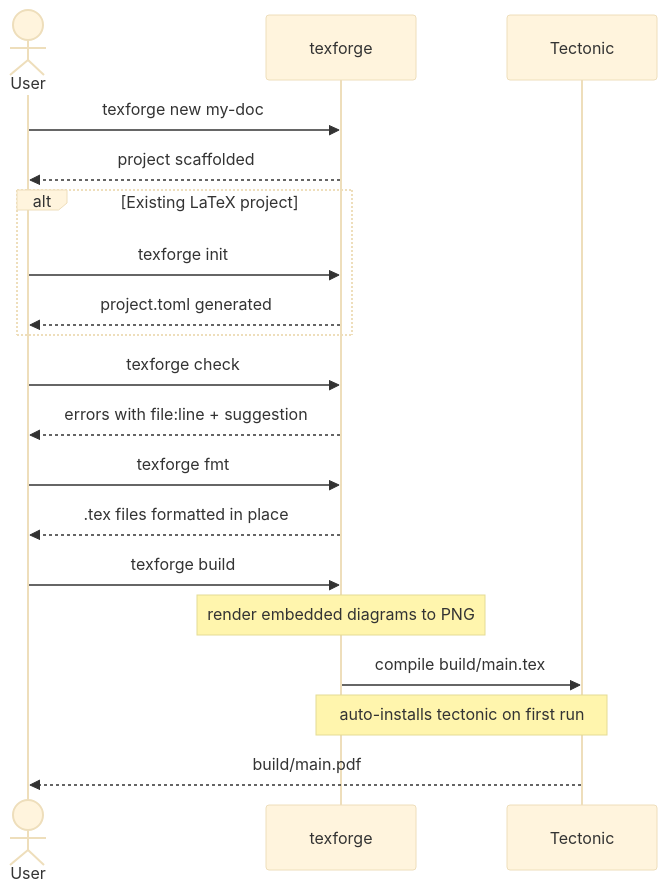
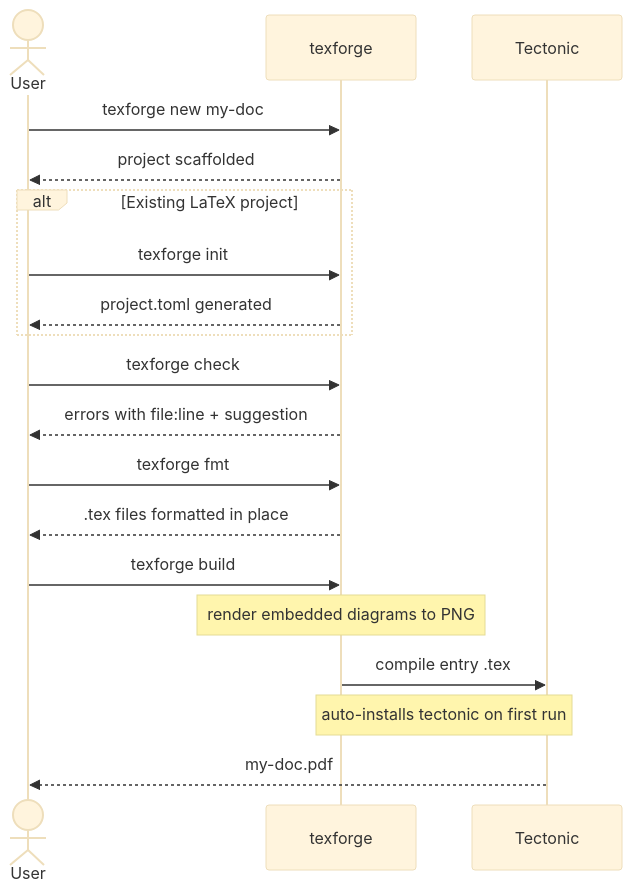
The diagram in README.md (UniverLab/texforge), drawn with Mermaid (base theme) before and after one commit. The commit also changed other lines of this file and 5 other files, not shown here.

````diff
--- a/README.md
+++ b/README.md
@@ -138,26 +138,26 @@
 ```mermaid
 sequenceDiagram
     actor User
     participant CLI as texforge
     participant Tectonic
 
     User->>CLI: texforge new my-doc
     CLI-->>User: project scaffolded
 
     alt Existing LaTeX project
         User->>CLI: texforge init
         CLI-->>User: project.toml generated
     end
 
     User->>CLI: texforge check
     CLI-->>User: errors with file:line + suggestion
 
     User->>CLI: texforge fmt
     CLI-->>User: .tex files formatted in place
 
     User->>CLI: texforge build
     Note over CLI: render embedded diagrams to PNG
-    CLI->>Tectonic: compile build/main.tex
+    CLI->>Tectonic: compile entry .tex
     Note over CLI,Tectonic: auto-installs tectonic on first run
-    Tectonic-->>User: build/main.pdf
+    Tectonic-->>User: my-doc.pdf
 ```
````
